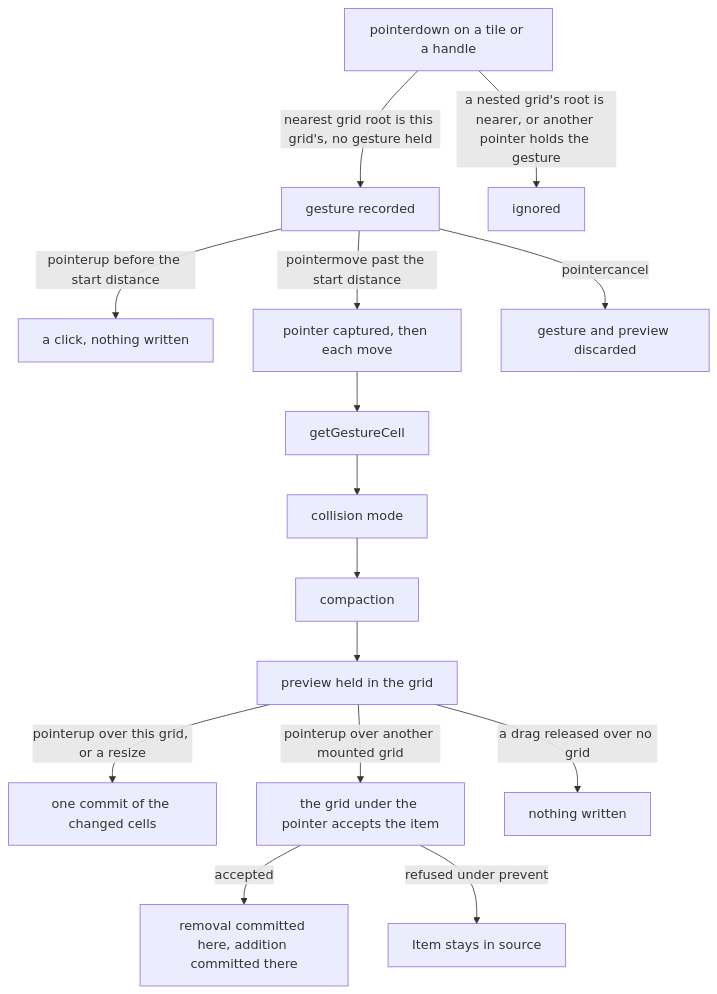
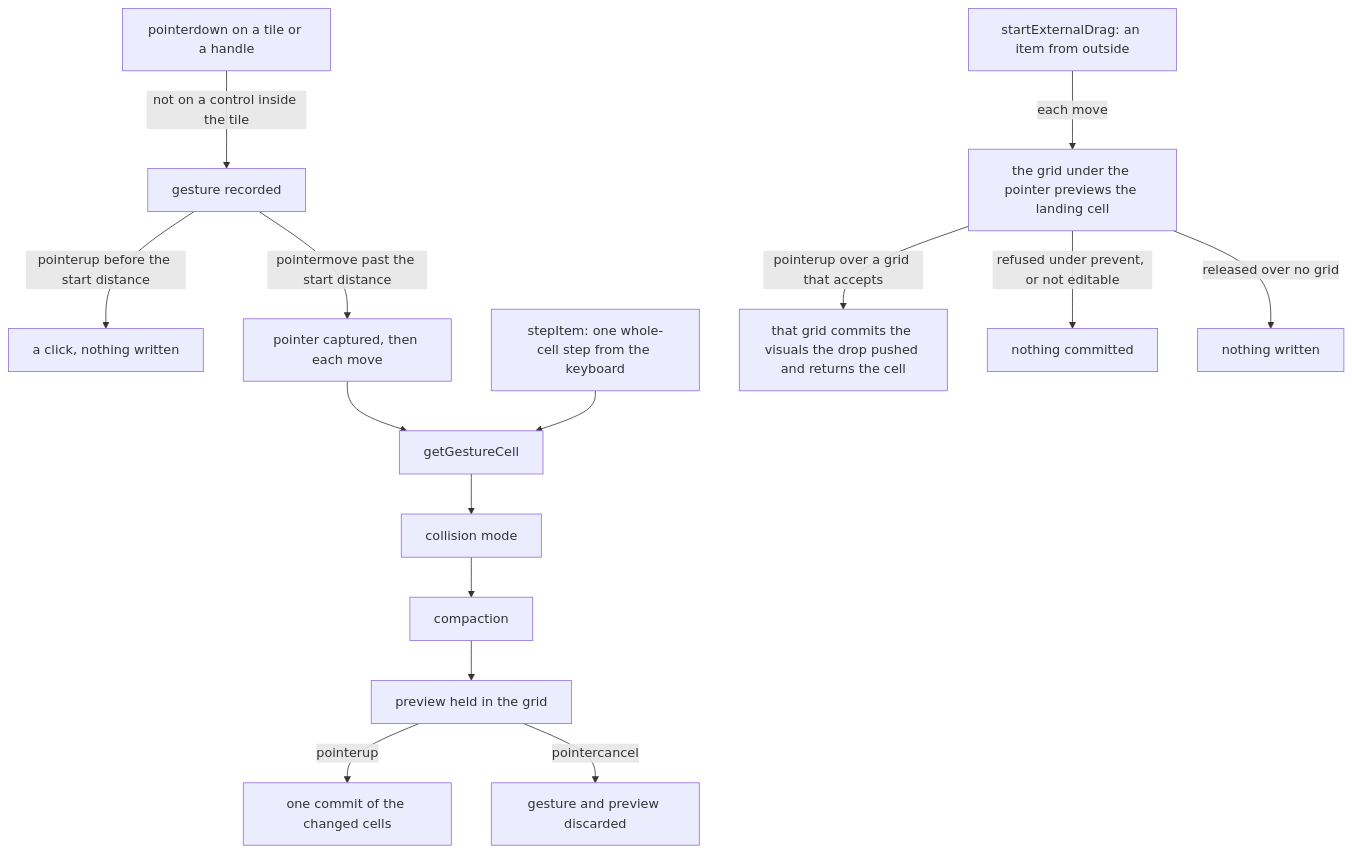
The diagram in openspec/specs/vue-grid-layout-headless/grid-layout/design.md (Esposter/Esposter), drawn with Mermaid before and after one commit. The commit also changed other lines of this file and 17 other files, not shown here.

First line of the commit message:
docs(openspec): the dashboard grid's controls are built, and the grid package's cross-grid and nested presses are deferred

````diff
--- a/openspec/specs/vue-grid-layout-headless/grid-layout/design.md
+++ b/openspec/specs/vue-grid-layout-headless/grid-layout/design.md
@@ -13,17 +15,17 @@
 ```mermaid
 flowchart TD
-  press["pointerdown on a tile or a handle"] -->|"nearest grid root is this grid's, no gesture held"| gesture["gesture recorded"]
-  press -->|"a nested grid's root is nearer, or another pointer holds the gesture"| ignored["ignored"]
+  press["pointerdown on a tile or a handle"] -->|"not on a control inside the tile"| gesture["gesture recorded"]
   gesture -->|"pointerup before the start distance"| click["a click, nothing written"]
   gesture -->|"pointermove past the start distance"| captured["pointer captured, then each move"]
   captured --> cell["getGestureCell"]
+  step["stepItem: one whole-cell step from the keyboard"] --> cell
   cell --> collide["collision mode"]
   collide --> compact["compaction"]
   compact --> preview["preview held in the grid"]
-  preview -->|"pointerup over this grid, or a resize"| commit["one commit of the changed cells"]
-  preview -->|"pointerup over another mounted grid"| handoff["the grid under the pointer accepts the item"]
-  handoff -->|"accepted"| transferred["removal committed here, addition committed there"]
-  handoff -->|"refused under prevent"| refused["Item stays in source"]
-  preview -->|"a drag released over no grid"| dropped["nothing written"]
-  gesture -->|"pointercancel"| discarded["gesture and preview discarded"]
+  preview -->|"pointerup"| commit["one commit of the changed cells"]
+  preview -->|"pointercancel"| discarded["gesture and preview discarded"]
+  drop["startExternalDrag: an item from outside"] -->|"each move"| ext["the grid under the pointer previews the landing cell"]
+  ext -->|"pointerup over a grid that accepts"| accepted["that grid commits the visuals the drop pushed and returns the cell"]
+  ext -->|"refused under prevent, or not editable"| refused["nothing committed"]
+  ext -->|"released over no grid"| dropped["nothing written"]
 ```
````
